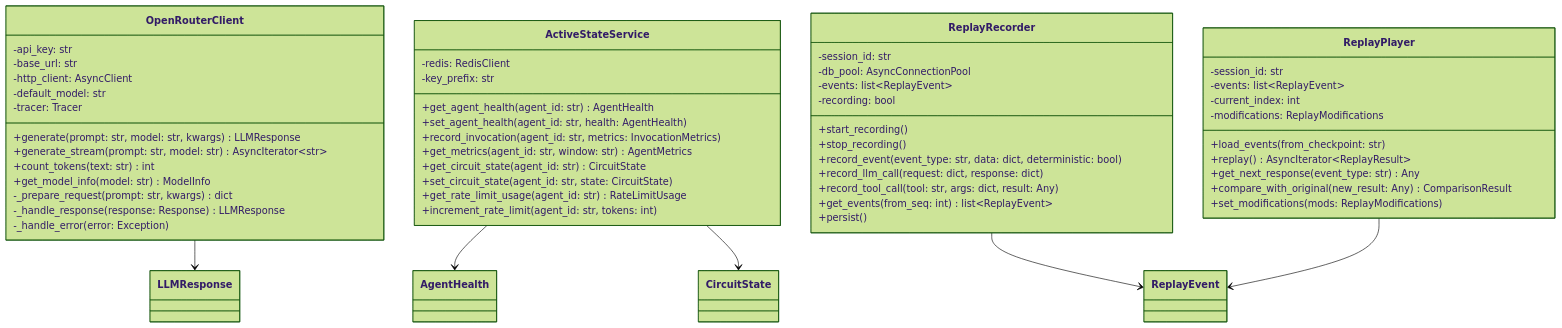
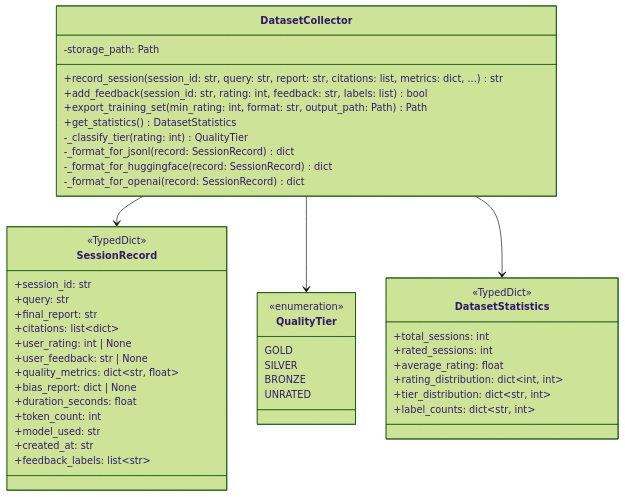
Before and after one commit to satyamaix/DeepResearchX: diagram 14 of 26 in docs/LLD.md, drawn with Mermaid (forest theme). The commit also changed other lines of this file and 2 other files, not shown here.

````diff
--- a/docs/LLD.md
+++ b/docs/LLD.md
@@ -244,62 +789,53 @@
 ```mermaid
 classDiagram
-    class OpenRouterClient {
-        -api_key: str
-        -base_url: str
-        -http_client: AsyncClient
-        -default_model: str
-        -tracer: Tracer
-        +generate(prompt: str, model: str, kwargs) LLMResponse
-        +generate_stream(prompt: str, model: str) AsyncIterator~str~
-        +count_tokens(text: str) int
-        +get_model_info(model: str) ModelInfo
-        -_prepare_request(prompt: str, kwargs) dict
-        -_handle_response(response: Response) LLMResponse
-        -_handle_error(error: Exception)
+    class DatasetCollector {
+        -storage_path: Path
+        +record_session(session_id: str, query: str, report: str, citations: list, metrics: dict, ...) str
+        +add_feedback(session_id: str, rating: int, feedback: str, labels: list) bool
+        +export_training_set(min_rating: int, format: str, output_path: Path) Path
+        +get_statistics() DatasetStatistics
+        -_classify_tier(rating: int) QualityTier
+        -_format_for_jsonl(record: SessionRecord) dict
+        -_format_for_huggingface(record: SessionRecord) dict
+        -_format_for_openai(record: SessionRecord) dict
     }
 
-    class ActiveStateService {
-        -redis: RedisClient
-        -key_prefix: str
-        +get_agent_health(agent_id: str) AgentHealth
-        +set_agent_health(agent_id: str, health: AgentHealth)
-        +record_invocation(agent_id: str, metrics: InvocationMetrics)
-        +get_metrics(agent_id: str, window: str) AgentMetrics
-        +get_circuit_state(agent_id: str) CircuitState
-        +set_circuit_state(agent_id: str, state: CircuitState)
-        +get_rate_limit_usage(agent_id: str) RateLimitUsage
-        +increment_rate_limit(agent_id: str, tokens: int)
+    class SessionRecord {
+        <<TypedDict>>
+        +session_id: str
+        +query: str
+        +final_report: str
+        +citations: list~dict~
+        +user_rating: int | None
+        +user_feedback: str | None
+        +quality_metrics: dict~str, float~
+        +bias_report: dict | None
+        +duration_seconds: float
+        +token_count: int
+        +model_used: str
+        +created_at: str
+        +feedback_labels: list~str~
     }
 
-    class ReplayRecorder {
-        -session_id: str
-        -db_pool: AsyncConnectionPool
-        -events: list~ReplayEvent~
-        -recording: bool
-        +start_recording()
-        +stop_recording()
-        +record_event(event_type: str, data: dict, deterministic: bool)
-        +record_llm_call(request: dict, response: dict)
-        +record_tool_call(tool: str, args: dict, result: Any)
-        +get_events(from_seq: int) list~ReplayEvent~
-        +persist()
+    class QualityTier {
+        <<enumeration>>
+        GOLD
+        SILVER
+        BRONZE
+        UNRATED
     }
 
-    class ReplayPlayer {
-        -session_id: str
-        -events: list~ReplayEvent~
-        -current_index: int
-        -modifications: ReplayModifications
-        +load_events(from_checkpoint: str)
-        +replay() AsyncIterator~ReplayResult~
-        +get_next_response(event_type: str) Any
-        +compare_with_original(new_result: Any) ComparisonResult
-        +set_modifications(mods: ReplayModifications)
+    class DatasetStatistics {
+        <<TypedDict>>
+        +total_sessions: int
+        +rated_sessions: int
+        +average_rating: float
+        +rating_distribution: dict~int, int~
+        +tier_distribution: dict~str, int~
+        +label_counts: dict~str, int~
     }
 
-    OpenRouterClient --> LLMResponse
-    ActiveStateService --> AgentHealth
-    ActiveStateService --> CircuitState
-    ReplayRecorder --> ReplayEvent
-    ReplayPlayer --> ReplayEvent
+    DatasetCollector --> SessionRecord
+    DatasetCollector --> QualityTier
+    DatasetCollector --> DatasetStatistics
 ```
````
